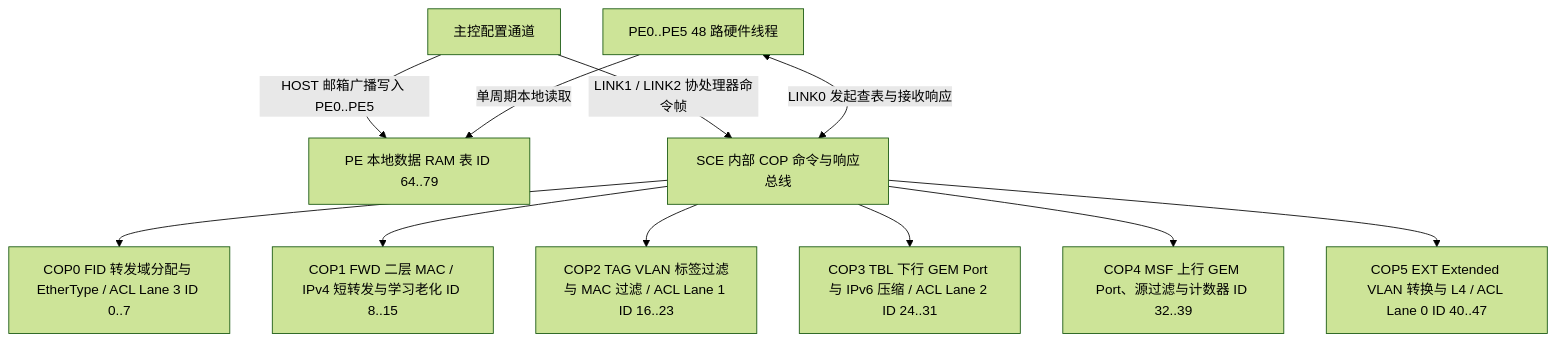
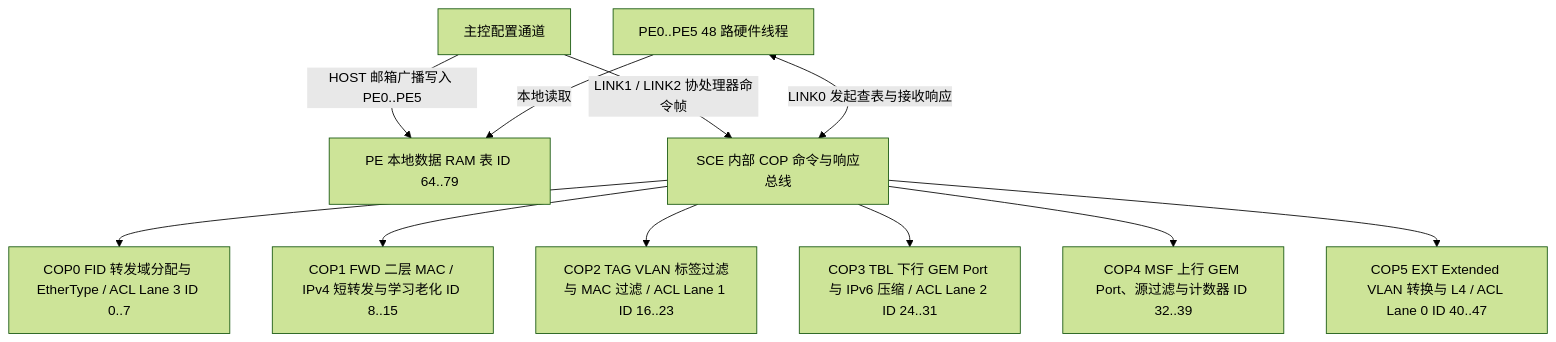
One commit to difanz/lantiq-falcon-s-docs changed the first of 2 diagrams in 08_data_flow/03_table_engine_and_rules.md. Above: the diagram before and after it, drawn with Mermaid (forest theme). The commit also changed other lines of this file and 52 other files, not shown here.

````diff
--- a/08_data_flow/03_table_engine_and_rules.md
+++ b/08_data_flow/03_table_engine_and_rules.md
@@ -5,13 +5,13 @@
 ```mermaid
 flowchart TD
     HOST["主控配置通道"] -->|HOST 邮箱广播写入 PE0..PE5| PE_RAM["PE 本地数据 RAM 表 ID 64..79"]
     HOST -->|LINK1 / LINK2 协处理器命令帧| COP_BUS["SCE 内部 COP 命令与响应总线"]
-    PE_THREAD["PE0..PE5 48 路硬件线程"] -->|单周期本地读取| PE_RAM
+    PE_THREAD["PE0..PE5 48 路硬件线程"] -->|本地读取| PE_RAM
     PE_THREAD <-->|LINK0 发起查表与接收响应| COP_BUS
     COP_BUS --> COP0["COP0 FID 转发域分配与 EtherType / ACL Lane 3 ID 0..7"]
     COP_BUS --> COP1["COP1 FWD 二层 MAC / IPv4 短转发与学习老化 ID 8..15"]
     COP_BUS --> COP2["COP2 TAG VLAN 标签过滤与 MAC 过滤 / ACL Lane 1 ID 16..23"]
     COP_BUS --> COP3["COP3 TBL 下行 GEM Port 与 IPv6 压缩 / ACL Lane 2 ID 24..31"]
     COP_BUS --> COP4["COP4 MSF 上行 GEM Port、源过滤与计数器 ID 32..39"]
     COP_BUS --> COP5["COP5 EXT Extended VLAN 转换与 L4 / ACL Lane 0 ID 40..47"]
 ```
````
